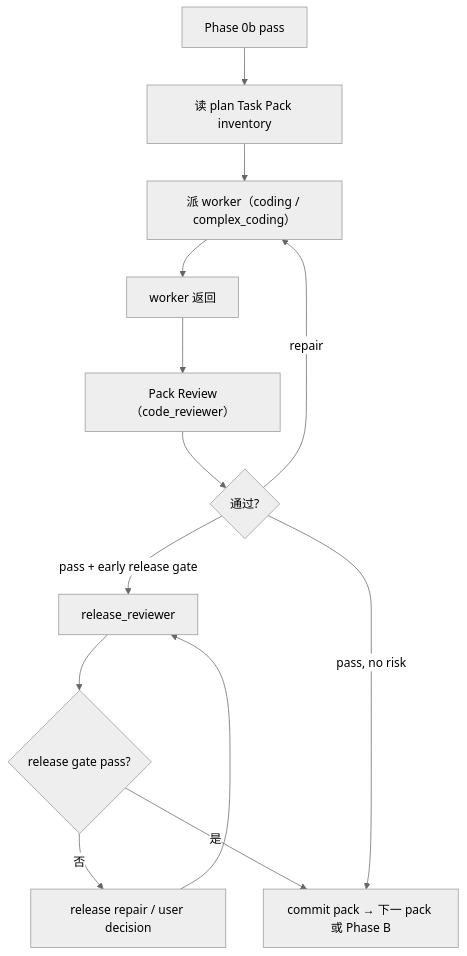
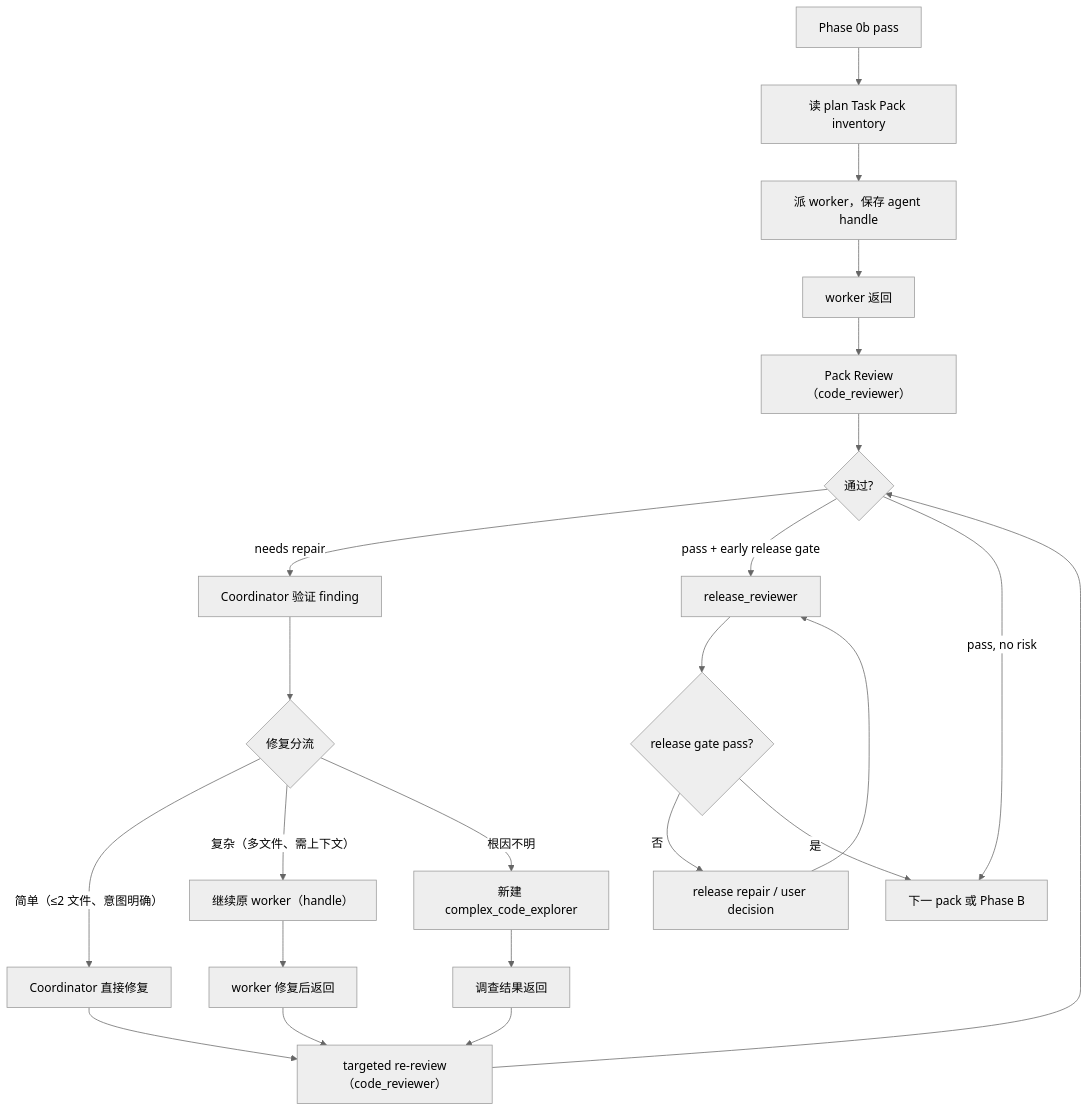
Before and after one commit to chancheuklap/multi-model-workflow: the second of 2 diagrams in .agents/skills/orchestrate-workflow/SKILL.md, drawn with Mermaid (neutral theme). The commit also changed other lines of this file and 34 other files, not shown here.

First line of the commit message:
feat(plugin): migrate Orchestrate system to Claude Code plugin with cross-model review

````diff
--- a/.agents/skills/orchestrate-workflow/SKILL.md
+++ b/.agents/skills/orchestrate-workflow/SKILL.md
@@ -125,15 +147,25 @@
 ```mermaid
 flowchart TD
     A["Phase 0b pass"] --> B["读 plan Task Pack inventory"]
-    B --> C["派 worker（coding / complex_coding）"]
+    B --> C["派 worker，保存 agent handle"]
     C --> D["worker 返回"]
     D --> E["Pack Review（code_reviewer）"]
     E --> F{"通过?"}
-    F -->|repair| C
+    F -->|needs repair| V["Coordinator 验证 finding"]
+    V --> T{"修复分流"}
+    T -->|"简单（≤2 文件、意图明确）"| S["Coordinator 直接修复"]
+    T -->|"复杂（多文件、需上下文）"| R["继续原 worker（handle）"]
+    T -->|"根因不明"| RCA["新建 complex_code_explorer"]
+    S --> RE["targeted re-review（code_reviewer）"]
+    R --> D2["worker 修复后返回"]
+    D2 --> RE
+    RCA --> D3["调查结果返回"]
+    D3 --> RE
+    RE --> F
     F -->|pass + early release gate| G["release_reviewer"]
     G --> H{"release gate pass?"}
     H -->|否| I["release repair / user decision"]
     I --> G
-    H -->|是| J["commit pack → 下一 pack 或 Phase B"]
+    H -->|是| J["下一 pack 或 Phase B"]
     F -->|pass, no risk| J
 ```
````
